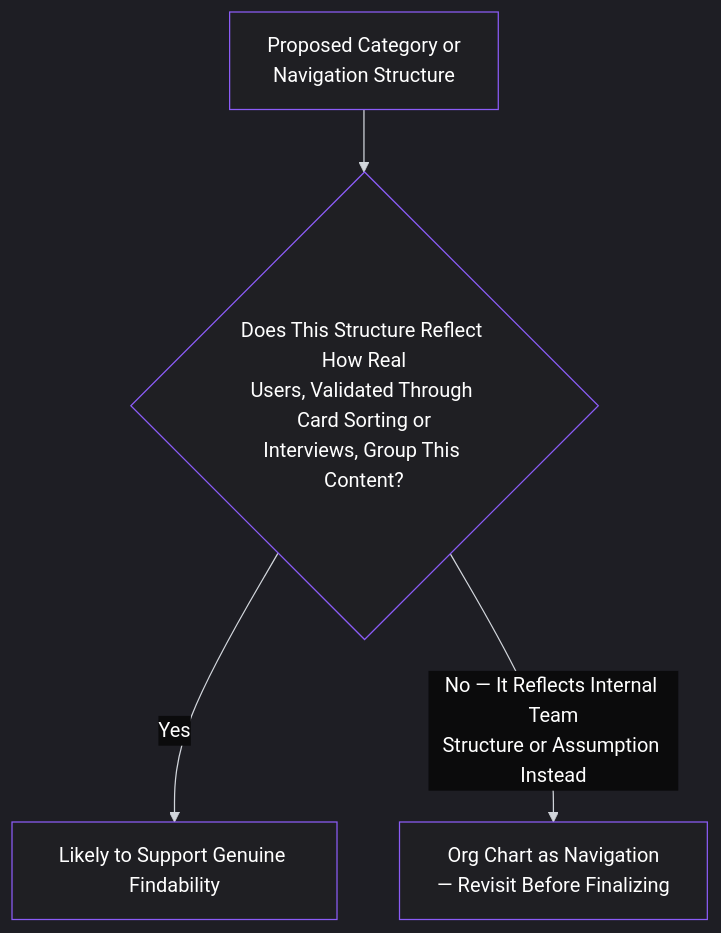
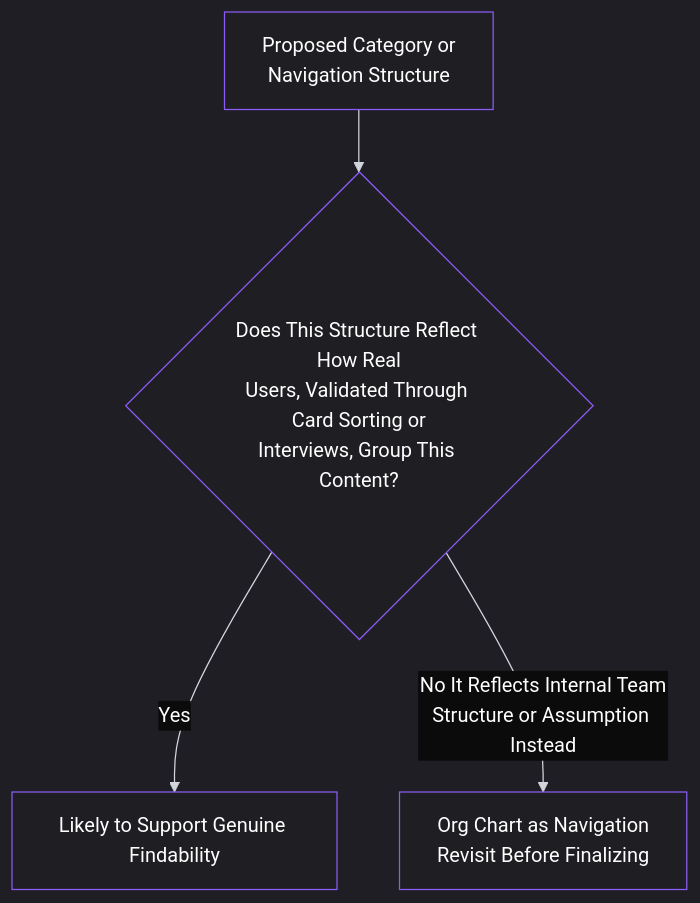
One commit to pmacademy-app/web changed the fifth of 5 diagrams in content/lessons/lesson-028.md. Above: the diagram before and after it, drawn with Mermaid. The commit also changed other lines of this file and 90 other files, not shown here.

````diff
--- a/content/lessons/lesson-028.md
+++ b/content/lessons/lesson-028.md
@@ -261,36 +261,36 @@
 ```mermaid
 %%{init: {
   "theme": "dark",
   "themeVariables": {
     "background": "#0b0b0c",
     "primaryColor": "#1f1f23",
     "primaryTextColor": "#ffffff",
     "primaryBorderColor": "#8b5cf6",
     "lineColor": "#d1d5db",
     "secondaryColor": "#18181b",
     "tertiaryColor": "#111111",
     "mainBkg": "#1f1f23",
     "nodeBorder": "#8b5cf6",
     "clusterBkg": "#000000",
     "clusterBorder": "#27272a",
     "titleColor": "#ffffff",
     "edgeLabelBackground": "#0b0b0c",
     "nodeTextColor": "#ffffff",
     "edgeLabelColor": "#ffffff",
     "actorBorder": "#8b5cf6",
     "actorBkg": "#1f1f23",
     "actorTextColor": "#ffffff",
     "sequenceNumberColor": "#ffffff",
     "signalColor": "#8b5cf6",
     "signalTextColor": "#ffffff",
     "textColor": "#ffffff",
     "classText": "#ffffff",
     "classBorder": "#8b5cf6",
     "classBkg": "#1f1f23"
   }
 }}%%
 graph TD
     A[Proposed Category or<br/>Navigation Structure] --> B{Does This Structure Reflect How Real<br/>Users, Validated Through Card Sorting or<br/>Interviews, Group This Content?}
     B -->|Yes| C[Likely to Support Genuine Findability]
-    B -->|No — It Reflects Internal Team<br/>Structure or Assumption Instead| D["Org Chart as Navigation"<br/>— Revisit Before Finalizing]
+    B -->|No It Reflects Internal Team<br/>Structure or Assumption Instead| D["Org Chart as Navigation"<br/> Revisit Before Finalizing]
 ```
````
